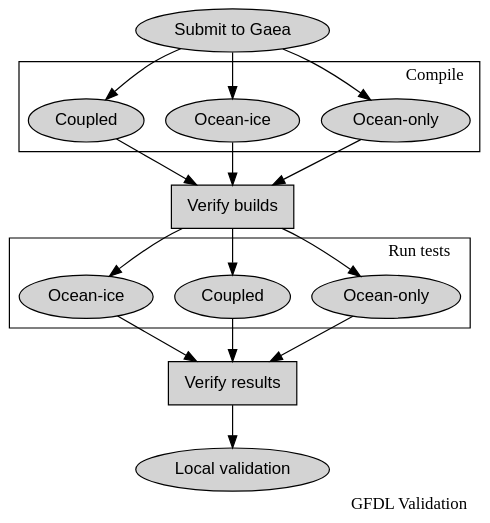
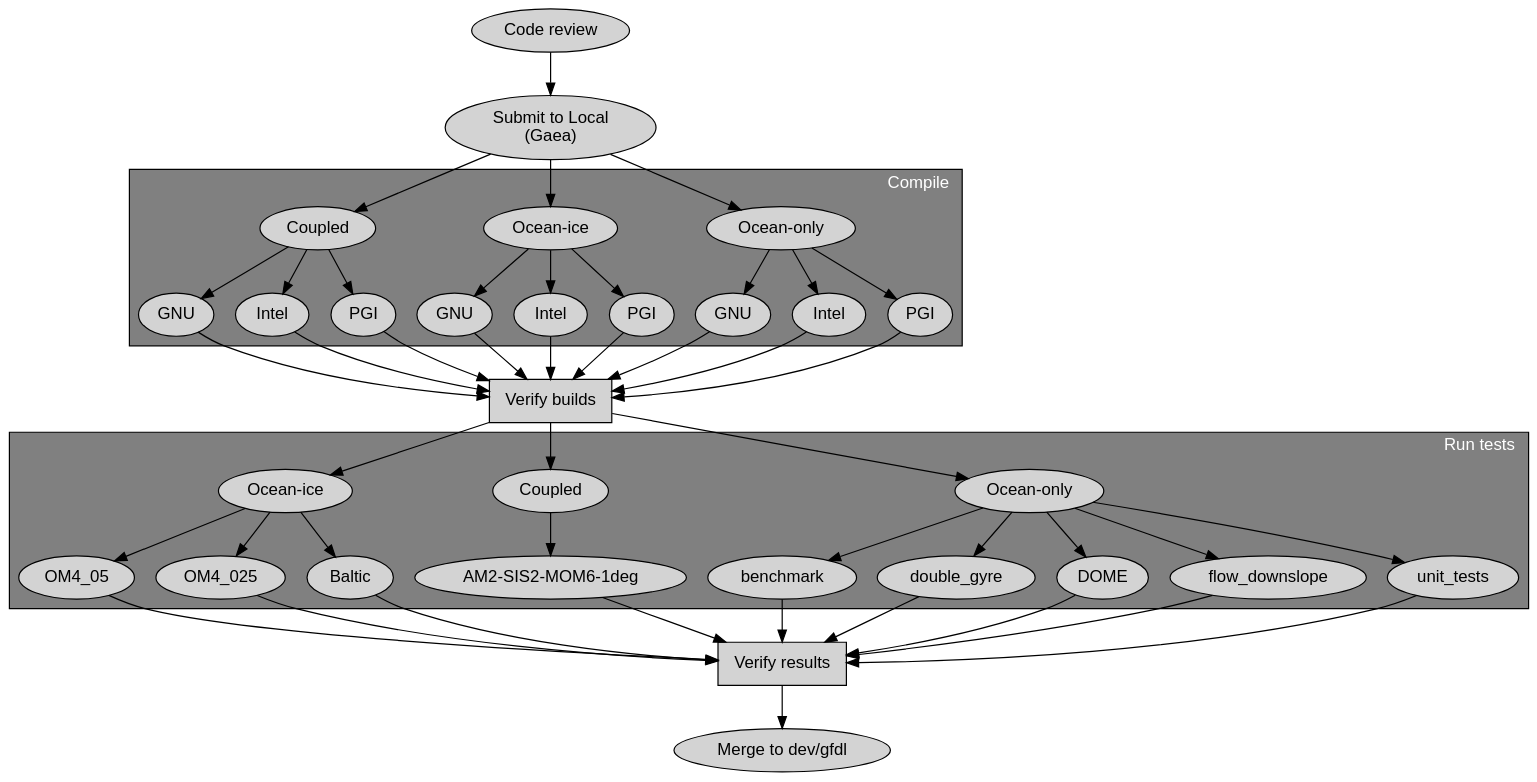
One commit to marshallward/mom6vv changed the diagram in dot/mom_validate.dot. Above: the diagram before and after it, drawn with Graphviz. The commit also changed 9 other files, not shown here.

```diff
--- a/dot/mom_validate.dot
+++ b/dot/mom_validate.dot
@@ -1,46 +1,94 @@
 digraph testing {
-    label = "GFDL Validation"
+    fontname = helvetica
+    fontcolor = white
     labeljust = r
     node [
         style = filled,
         fontname = helvetica
     ]
 
     concentrate = true
     bgcolor = transparent
 
-    submit [label = "Submit to Gaea"]
+    review [label = "Code review"]
+
+    submit [label = "Submit to Local\n(Gaea)"]
 
     build1 [label="Ocean-only"];
     build2 [label="Ocean-ice"];
     build3 [label="Coupled"];
+
+    b1c1 [label="GNU"]
+    b1c2 [label="Intel"]
+    b1c3 [label="PGI"]
+
+    b2c1 [label="GNU"]
+    b2c2 [label="Intel"]
+    b2c3 [label="PGI"]
+
+    b3c1 [label="GNU"]
+    b3c2 [label="Intel"]
+    b3c3 [label="PGI"]
 
     build_verify [label="Verify builds", shape=rectangle]
 
     test1 [label="Ocean-only"]
     test2 [label="Coupled"]
     test3 [label="Ocean-ice"]
 
+    t1c1 [label="benchmark"]
+    t1c2 [label="double_gyre"]
+    t1c3 [label="DOME"]
+    t1c4 [label="flow_downslope"]
+    t1c5 [label="unit_tests"]
+
+    t2c1 [label="AM2-SIS2-MOM6-1deg"]
+
+    t3c1 [label="OM4_05"]
+    t3c3 [label="OM4_025"]
+    t3c2 [label="Baltic"]
+
     verify_results [label="Verify results", shape=rectangle]
 
-    validate [label="Local validation"]
+    validate [label="Merge to dev/gfdl"]
 
+    review -> submit
     submit -> {build1, build2, build3}
-    {build1, build2, build3} -> build_verify
+    build1 -> {b1c1, b1c2, b1c3}
+    build2 -> {b2c1, b2c2, b2c3}
+    build3 -> {b3c1, b3c2, b3c3}
+    {b1c1, b1c2, b1c3, b2c1, b2c2, b2c3, b3c1, b3c2, b3c3} -> build_verify
+
     build_verify -> {test1, test2, test3}
-    {test1, test2, test3} -> verify_results
+
+    test1 -> {t1c1, t1c2, t1c3, t1c4, t1c5}
+    test2 -> {t2c1}
+    test3 -> {t3c1, t3c2, t3c3}
+
+    {t1c1, t1c2, t1c3, t1c4, t1c5, t2c1, t3c1, t3c2, t3c3} -> verify_results
     verify_results -> validate
 
     subgraph cluster_build {
         style=filled
         label="Compile"
+        bgcolor = grey
         labeljust = r
-        build1; build2; build3
+
+        build1; build2; build3;
+        b1c1; b1c2; b1c3;
+        b2c1; b2c2; b2c3;
+        b3c1; b3c2; b3c3;
     }
+    
     subgraph cluster_test {
         style=filled
         label="Run tests"; 
+        bgcolor = grey
         labeljust = r
+
         test1; test2; test3
+        t1c1; t1c2, t1c3; t1c4; t1c5;
+        t2c1;
+        t3c1; t3c2; t3c3;
     }
 }
```
